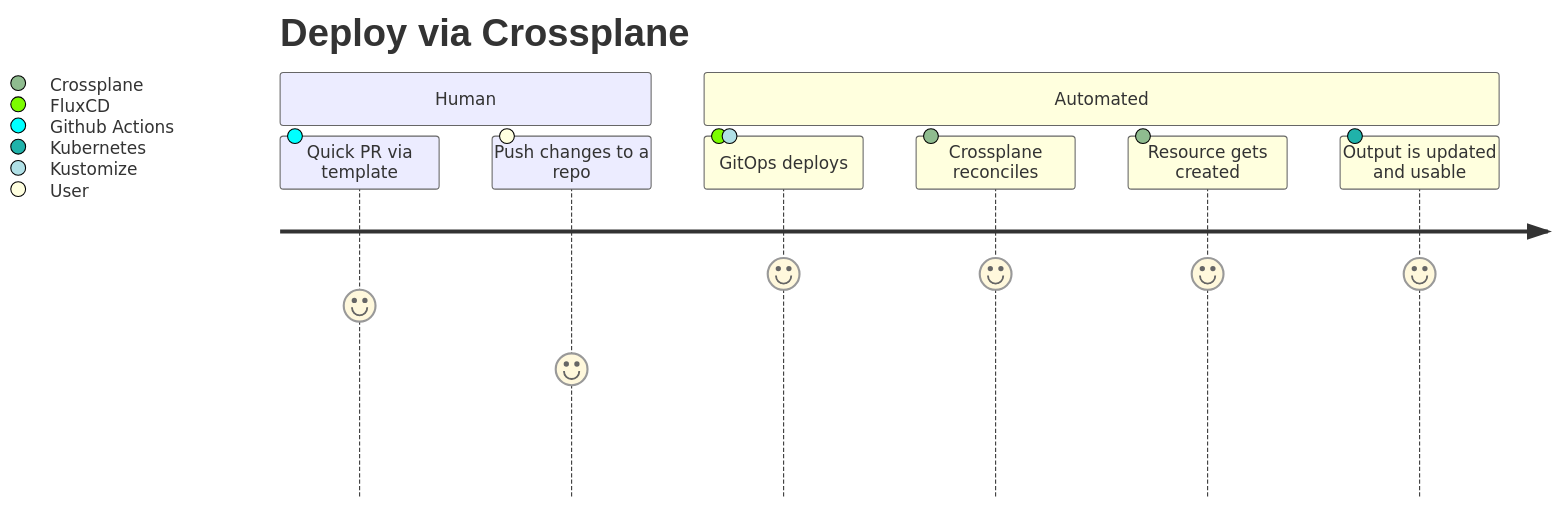
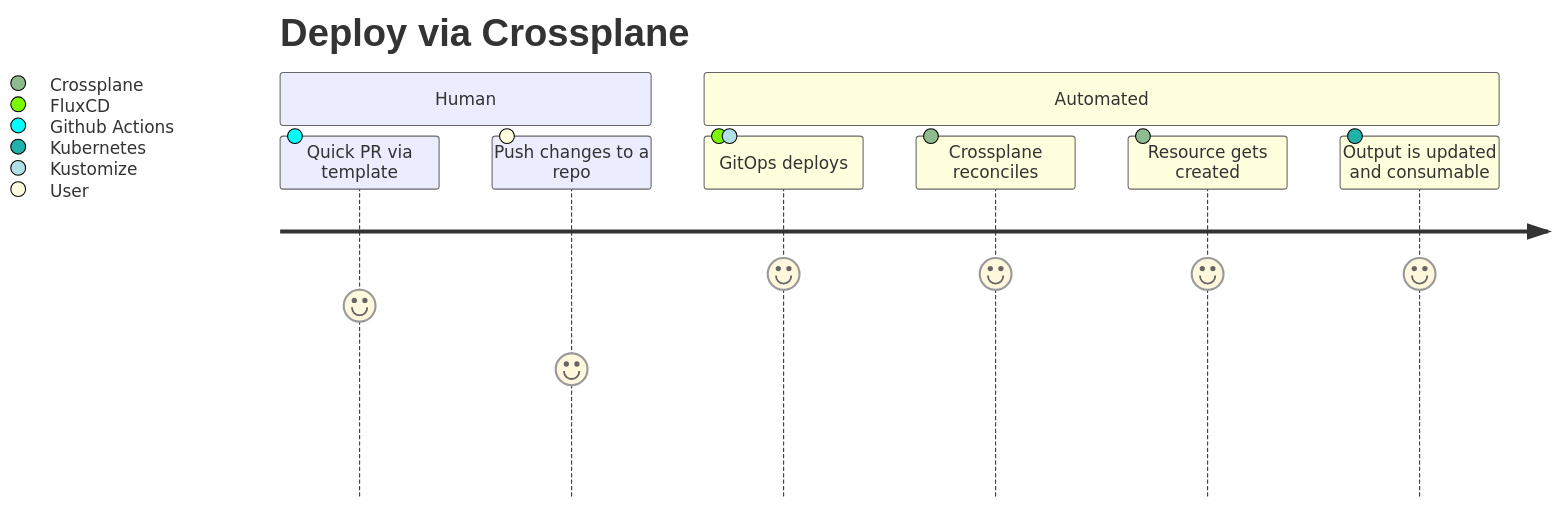
The second of 5 diagrams in docs/diagram-brewery.md (ryuheechul/taste-crossplane), drawn with Mermaid before and after one commit. The commit also changed other lines of this file and 1 other file, not shown here.

Commit message:
Add flowchart for Terraform

````diff
--- a/docs/diagram-brewery.md
+++ b/docs/diagram-brewery.md
@@ -40,12 +40,12 @@
 ```mermaid
 journey
   title Deploy via Crossplane
   section Human
     Quick PR via template: 6: Github Actions
     Push changes to a repo: 4: User
   section Automated
     GitOps deploys: 7: FluxCD, Kustomize
     Crossplane reconciles: 7: Crossplane
     Resource gets created: 7: Crossplane
-    Output is updated and usable: 7: Kubernetes
+    Output is updated and consumable: 7: Kubernetes
 ```
````
